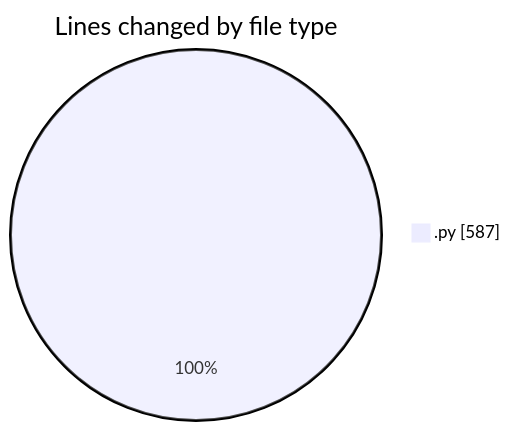
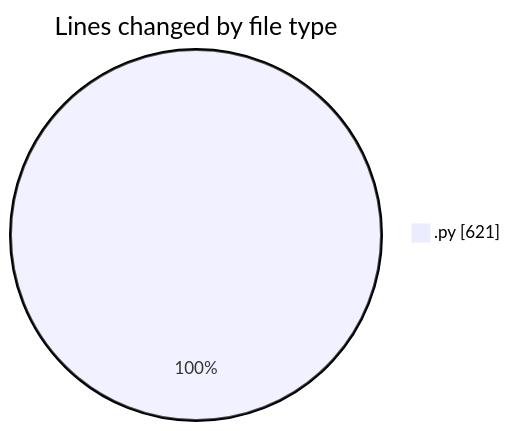
Before and after one commit to julien-gomy/code-tracking: the first of 2 diagrams in 2025-11-16/eventscop-api-guide__workspace_/README.md, drawn with Mermaid. The commit also changed other lines of this file and 1 other file, not shown here.

````diff
--- a/2025-11-16/eventscop-api-guide__workspace_/README.md
+++ b/2025-11-16/eventscop-api-guide__workspace_/README.md
@@ -20,5 +23,5 @@
 ```mermaid
 pie showData
 title Lines changed by file type
-".py" : 587
+".py" : 621
 ```
````
